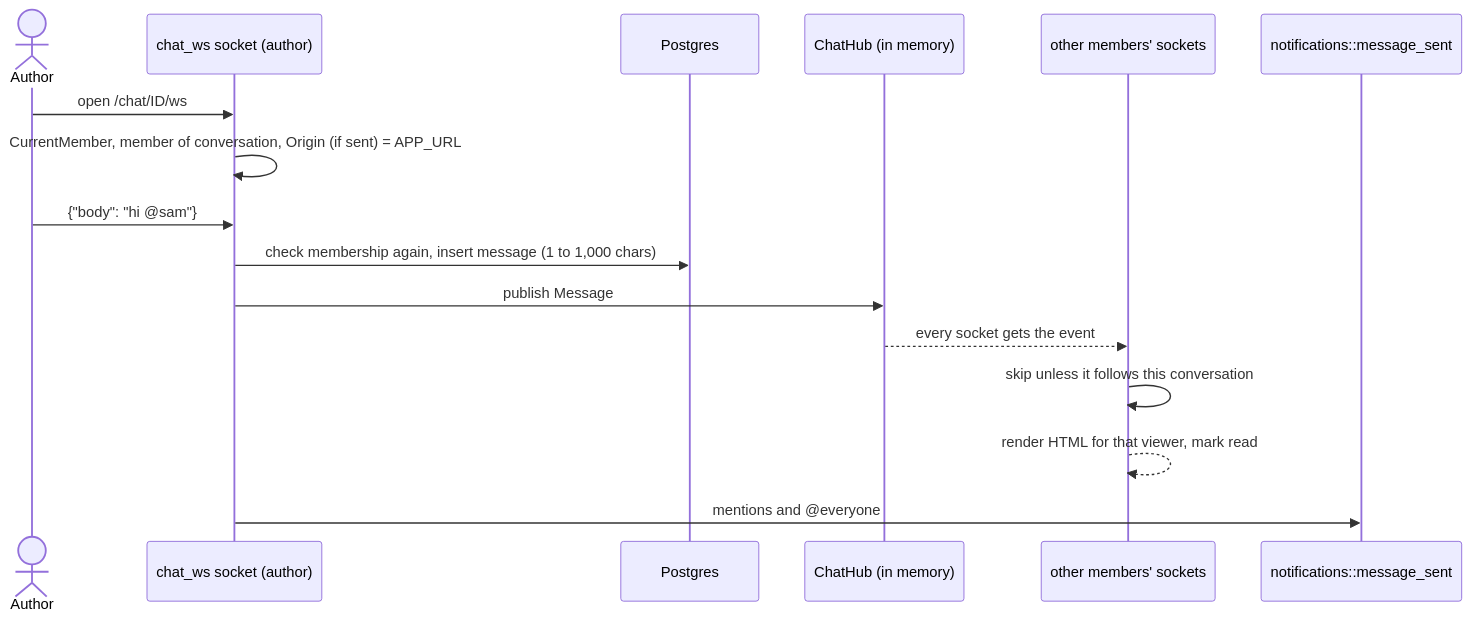
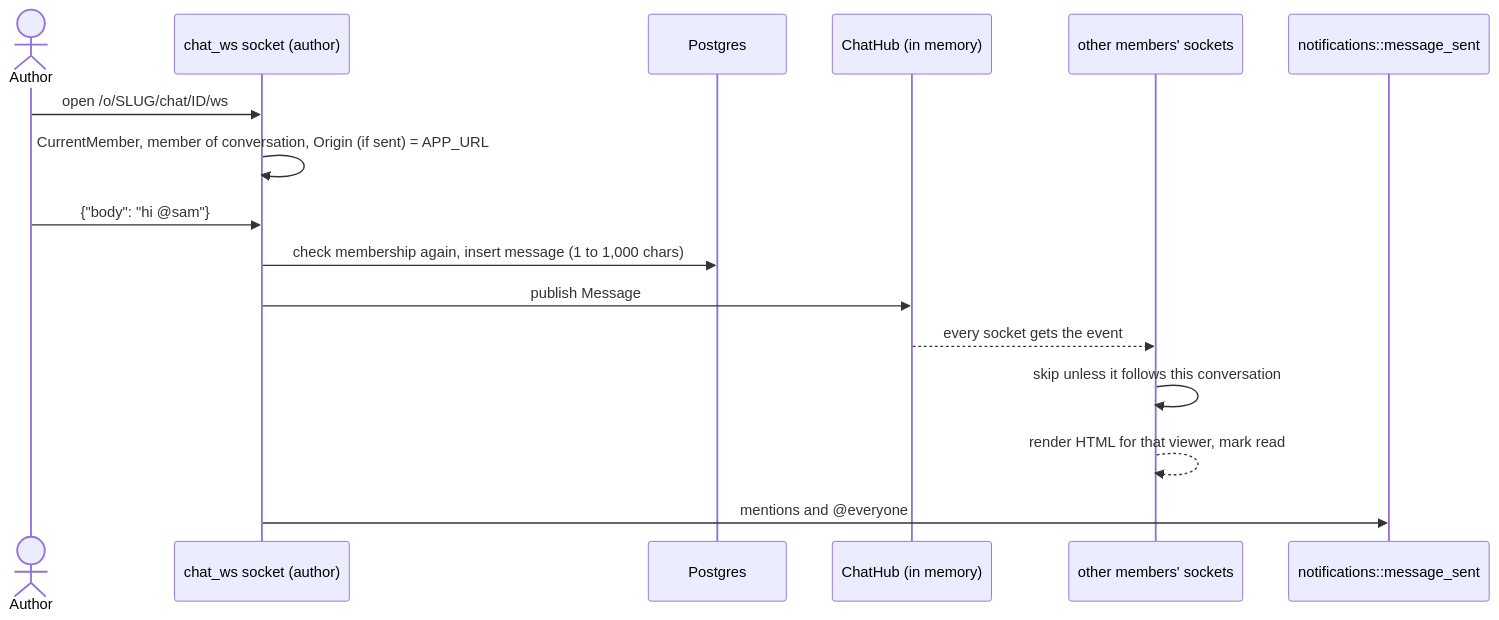
One commit to rajgurung/collaboration_tool changed the first of 3 diagrams in docs/flows/chat.md. Above: the diagram before and after it, drawn with Mermaid. The commit also changed other lines of this file and 11 other files, not shown here.

````diff
--- a/docs/flows/chat.md
+++ b/docs/flows/chat.md
@@ -28,18 +28,18 @@
 ```mermaid
 sequenceDiagram
     actor A as Author
     participant WS as chat_ws socket (author)
     participant DB as Postgres
     participant Hub as ChatHub (in memory)
     participant WS2 as other members' sockets
     participant N as notifications::message_sent
-    A->>WS: open /chat/ID/ws
+    A->>WS: open /o/SLUG/chat/ID/ws
     WS->>WS: CurrentMember, member of conversation, Origin (if sent) = APP_URL
     A->>WS: {"body": "hi @sam"}
     WS->>DB: check membership again, insert message (1 to 1,000 chars)
     WS->>Hub: publish Message
     Hub-->>WS2: every socket gets the event
     WS2->>WS2: skip unless it follows this conversation
     WS2-->>WS2: render HTML for that viewer, mark read
     WS->>N: mentions and @everyone
 ```
````
